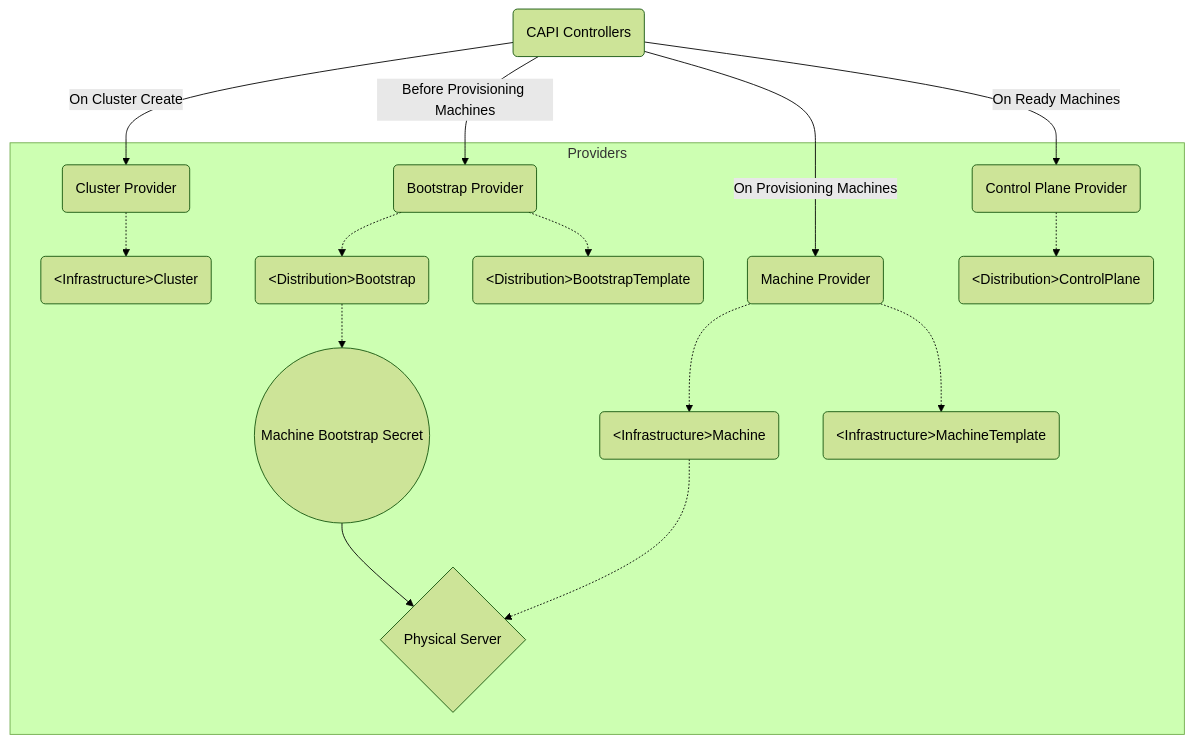
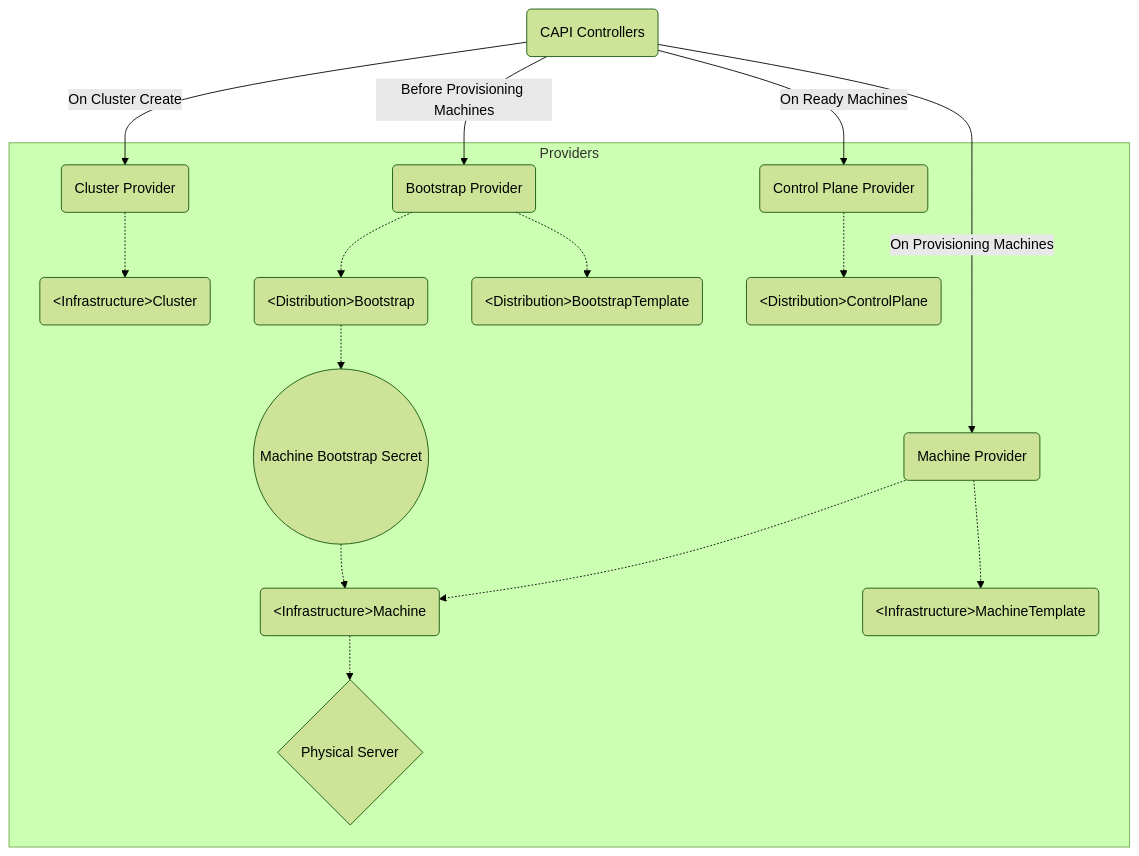
One commit to aiyengar2/k8s-docs changed the second of 2 diagrams in docs/provisioning/00_capi.md. Above: the diagram before and after it, drawn with Mermaid (forest theme).

````diff
--- a/docs/provisioning/00_capi.md
+++ b/docs/provisioning/00_capi.md
@@ -77,35 +77,35 @@
 ```mermaid
 graph TD
     CAPIControllers("CAPI Controllers")
     subgraph Providers
     ClusterProvider("Cluster Provider")
     BootstrapProvider("Bootstrap Provider")
     MachineProvider("Machine Provider")
     ControlPlaneProvider("Control Plane Provider")
 
     InfrastructureCluster("&ltInfrastructure&gtCluster")
     DistributionBootstrap("&ltDistribution&gtBootstrap")
     DistributionBootstrapTemplate("&ltDistribution&gtBootstrapTemplate")
     InfrastructureMachine("&ltInfrastructure&gtMachine")
     InfrastructureMachineTemplate("&ltInfrastructure&gtMachineTemplate")
     DistributionControlPlane("&ltDistribution&gtControlPlane")
 
     PhysicalServer{"Physical Server"}
     MachineBootstrapSecret(("Machine Bootstrap Secret"))
     end
 
     CAPIControllers--On Cluster Create-->ClusterProvider
     CAPIControllers--Before Provisioning Machines-->BootstrapProvider
     CAPIControllers--On Provisioning Machines-->MachineProvider
     CAPIControllers--On Ready Machines-->ControlPlaneProvider
     
     ClusterProvider-.->InfrastructureCluster
     BootstrapProvider-.->DistributionBootstrap
     BootstrapProvider-.->DistributionBootstrapTemplate
     DistributionBootstrap-.->MachineBootstrapSecret
-    MachineBootstrapSecret-->PhysicalServer
+    MachineBootstrapSecret-.->InfrastructureMachine
     MachineProvider-.->InfrastructureMachine
     InfrastructureMachine-.->PhysicalServer
     MachineProvider-.->InfrastructureMachineTemplate
     ControlPlaneProvider-.->DistributionControlPlane
 ```
````
